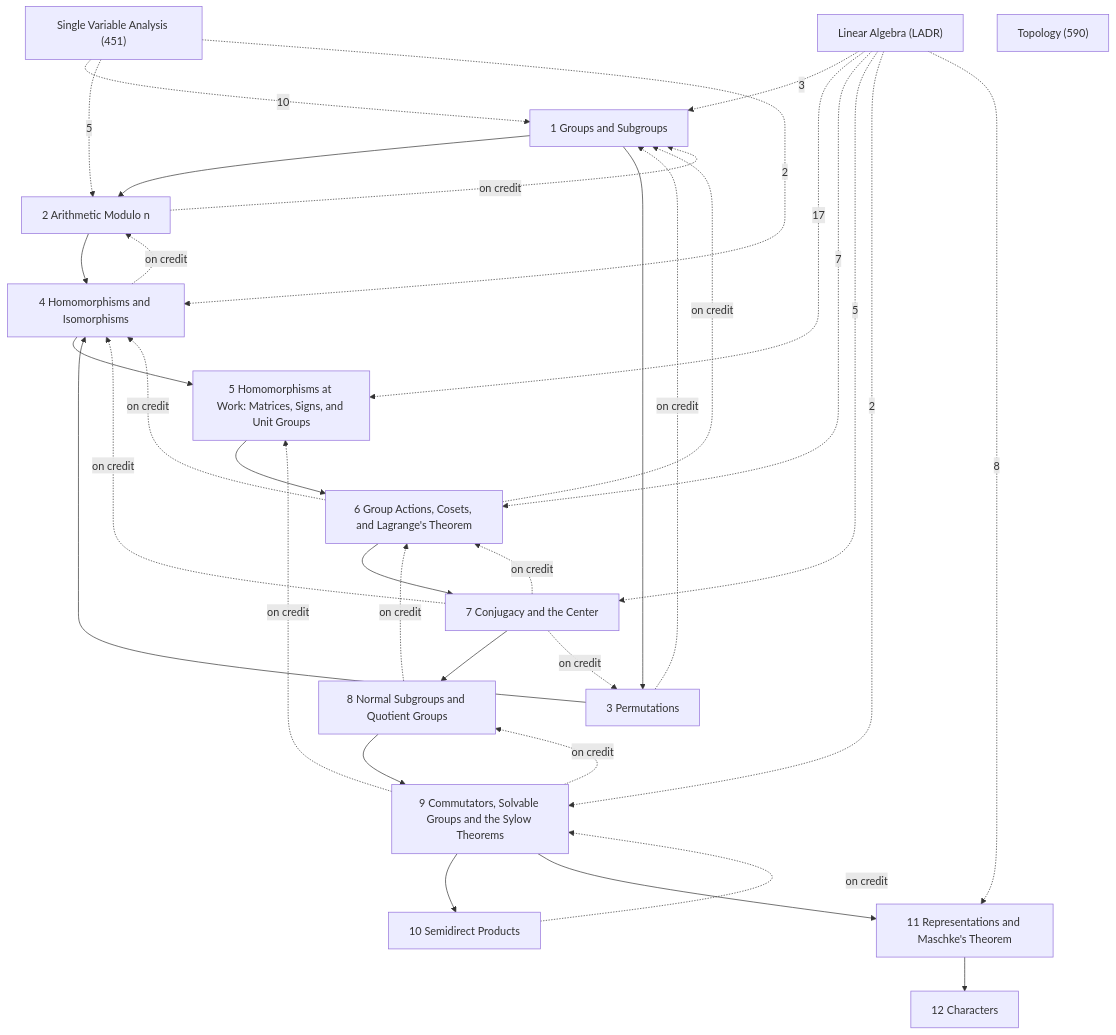
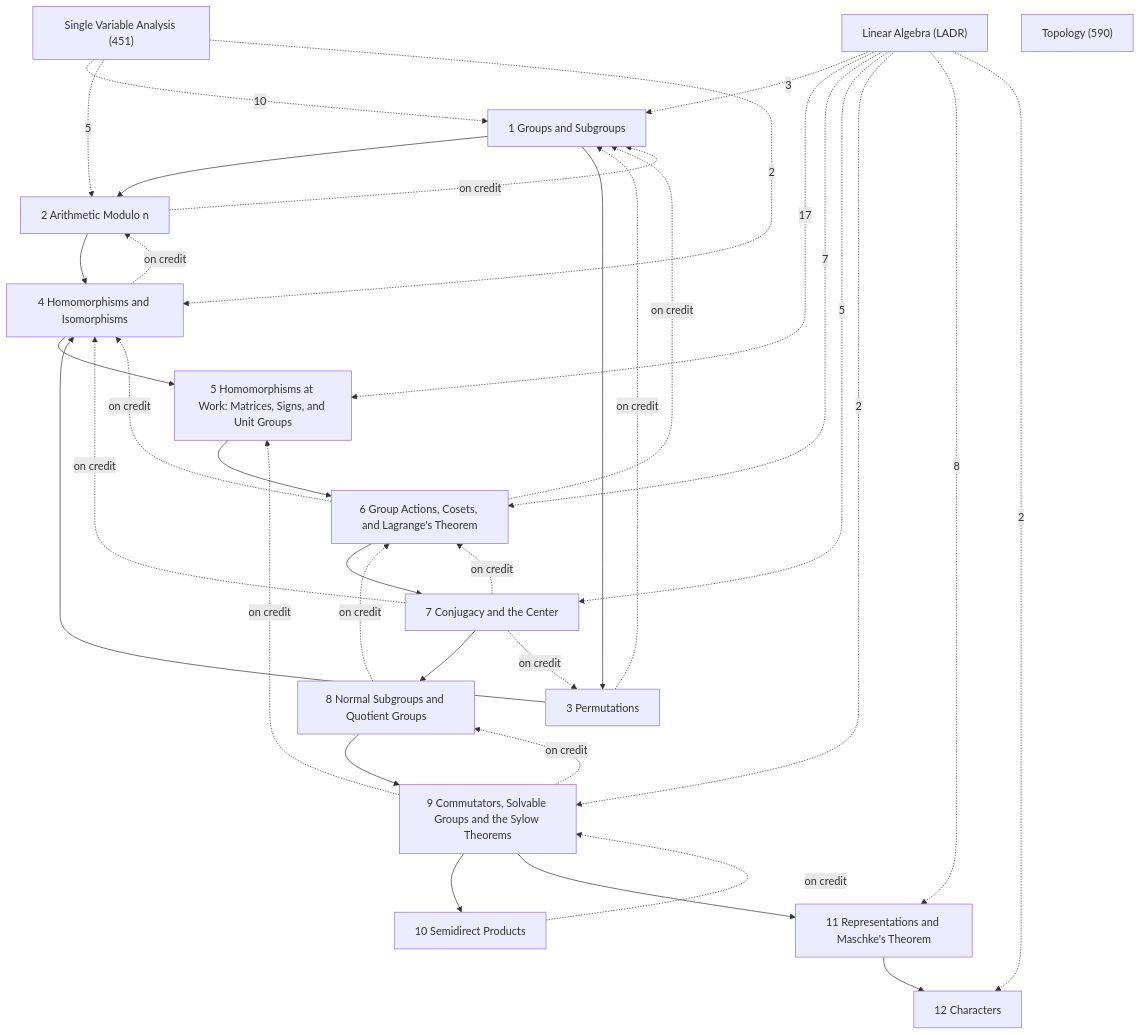
One commit to Onion20040508/notes changed the diagram in Math/Group Theory/Group Theory.md. Above: the diagram before and after it, drawn with Mermaid. The commit also changed other lines of this file and 32 other files, not shown here.

````diff
--- a/Math/Group Theory/Group Theory.md
+++ b/Math/Group Theory/Group Theory.md
@@ -27,51 +27,52 @@
 ```mermaid
 graph TD
   C1["1 Groups and Subgroups"]
   C2["2 Arithmetic Modulo n"]
   C3["3 Permutations"]
   C4["4 Homomorphisms and Isomorphisms"]
   C5["5 Homomorphisms at Work: Matrices, Signs, and Unit Groups"]
   C6["6 Group Actions, Cosets, and Lagrange's Theorem"]
   C7["7 Conjugacy and the Center"]
   C8["8 Normal Subgroups and Quotient Groups"]
   C9["9 Commutators, Solvable Groups and the Sylow Theorems"]
   C10["10 Semidirect Products"]
   C11["11 Representations and Maschke's Theorem"]
   C12["12 Characters"]
   X1["Linear Algebra (LADR)"]
   X2["Single Variable Analysis (451)"]
   X3["Topology (590)"]
   C1 --> C2
   C1 --> C3
   C2 --> C4
   C3 --> C4
   C4 --> C5
   C5 --> C6
   C6 --> C7
   C7 --> C8
   C8 --> C9
   C9 --> C10
   C9 --> C11
   C11 --> C12
   C2 -.->|on credit| C1
   C3 -.->|on credit| C1
   C4 -.->|on credit| C2
   C6 -.->|on credit| C1
   C6 -.->|on credit| C4
   C7 -.->|on credit| C3
   C7 -.->|on credit| C4
   C7 -.->|on credit| C6
   C8 -.->|on credit| C6
   C9 -.->|on credit| C5
   C9 -.->|on credit| C8
   C10 -.->|on credit| C9
   X1 -.->|3| C1
   X1 -.->|17| C5
   X1 -.->|7| C6
   X1 -.->|5| C7
   X1 -.->|2| C9
   X1 -.->|8| C11
+  X1 -.->|2| C12
   X2 -.->|10| C1
   X2 -.->|5| C2
   X2 -.->|2| C4
 ```
````
